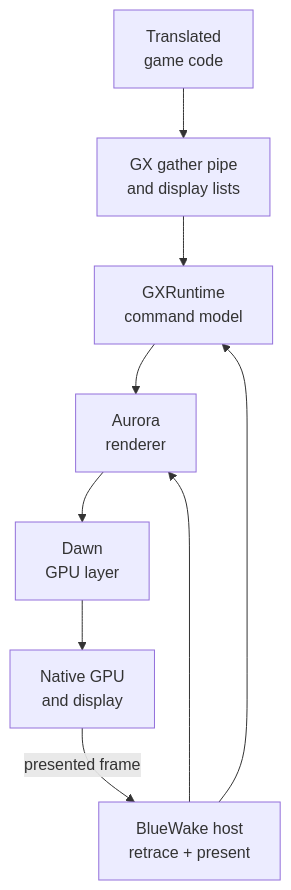
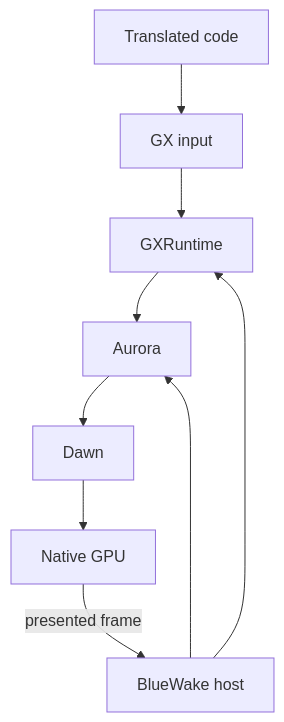
The diagram in docs/architecture/runtime/Graphics.md (Aelbannan/boat_of_daphnes), drawn with Mermaid before and after one commit. The commit also changed 6 other files, not shown here.

Commit message:
docs: remove clipped Mermaid multiline labels

````diff
--- a/docs/architecture/runtime/Graphics.md
+++ b/docs/architecture/runtime/Graphics.md
@@ -19,15 +19,15 @@
 ```mermaid
 flowchart TD
-    Game["Translated<br/>game code"]
-    FIFO["GX gather pipe<br/>and display lists"]
-    GX["GXRuntime<br/>command model"]
-    Aurora["Aurora<br/>renderer"]
-    Dawn["Dawn<br/>GPU layer"]
-    GPU["Native GPU<br/>and display"]
-    Host["BlueWake host<br/>retrace + present"]
+    Game["Translated code"]
+    FIFO["GX input"]
+    GX["GXRuntime"]
+    Aurora["Aurora"]
+    Dawn["Dawn"]
+    GPU["Native GPU"]
+    Host["BlueWake host"]
 
     Game --> FIFO --> GX --> Aurora --> Dawn --> GPU
     Host --> GX
     Host --> Aurora
     GPU -->|"presented frame"| Host
 ```
````
